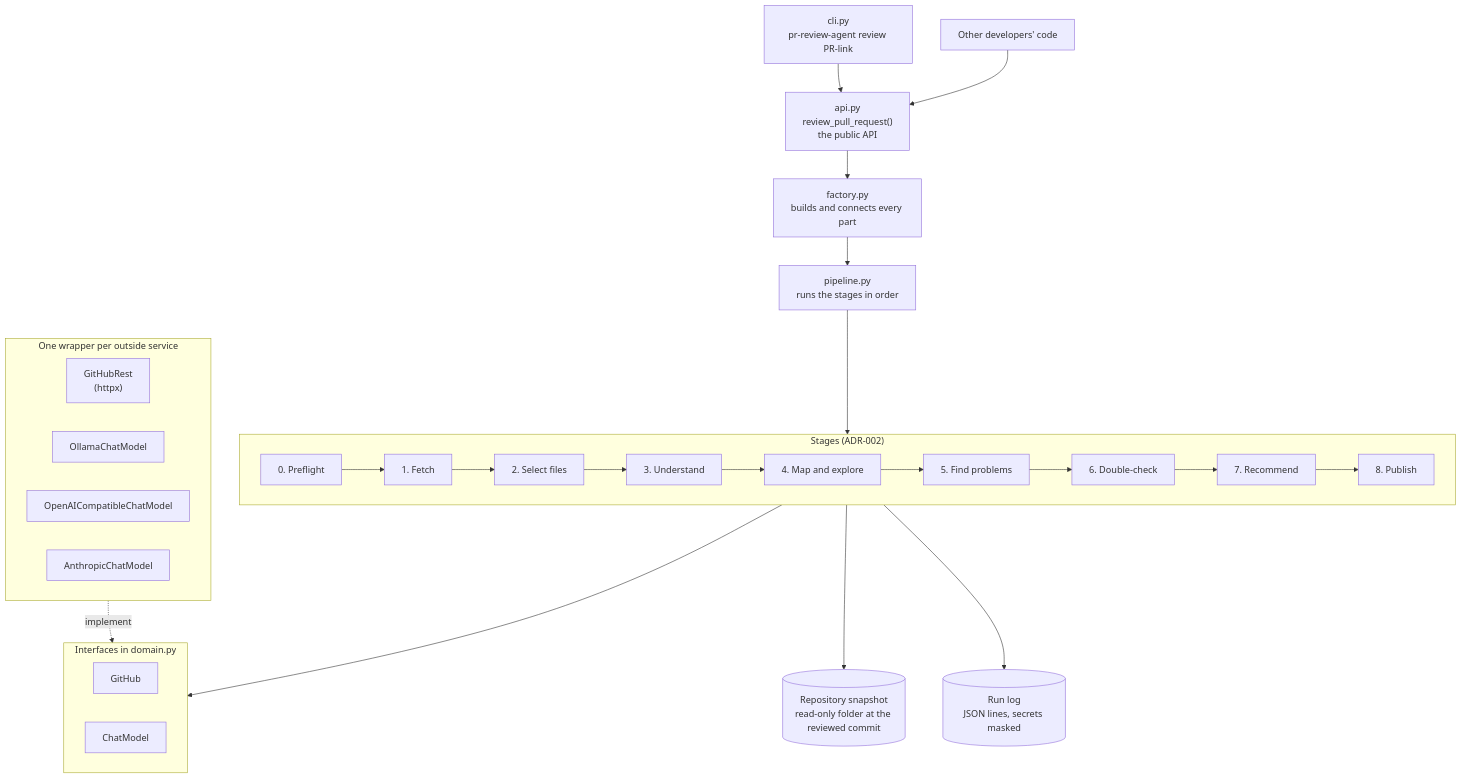
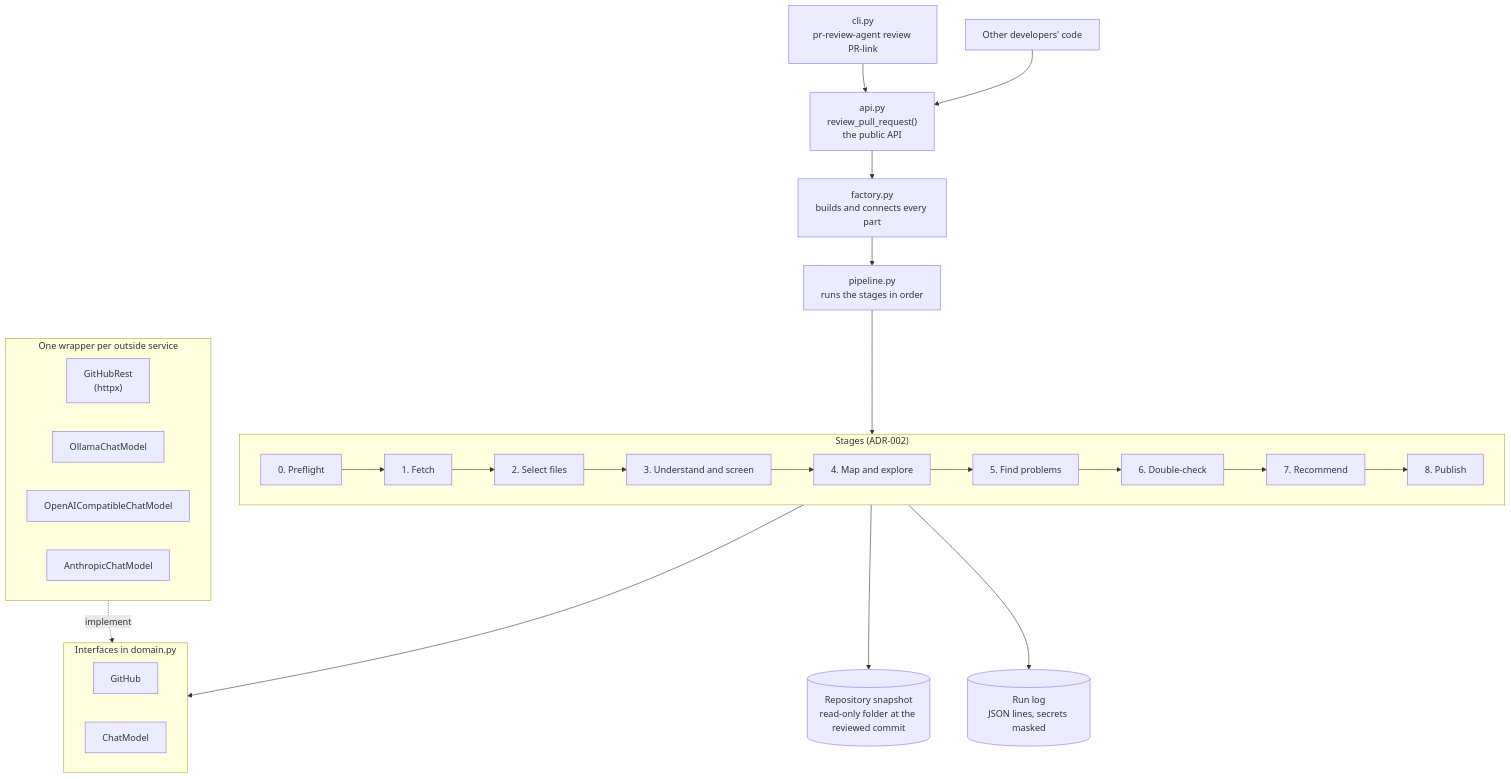
The first of 2 diagrams in docs/design.md (Vijay021212/pr-review-agent), drawn with Mermaid before and after one commit. The commit also changed other lines of this file and 8 other files, not shown here.

````diff
--- a/docs/design.md
+++ b/docs/design.md
@@ -12,30 +12,30 @@
 ```mermaid
 flowchart TB
     cli["cli.py<br/>pr-review-agent review PR-link"] --> api["api.py<br/>review_pull_request()<br/>the public API"]
     developer["Other developers' code"] --> api
     api --> factory["factory.py<br/>builds and connects every part"]
     factory --> pipeline["pipeline.py<br/>runs the stages in order"]
 
     subgraph stages ["Stages (ADR-002)"]
         direction LR
-        s0["0. Preflight"] --> s1["1. Fetch"] --> s2["2. Select files"] --> s3["3. Understand"] --> s4["4. Map and explore"] --> s5["5. Find problems"] --> s6["6. Double-check"] --> s7["7. Recommend"] --> s8["8. Publish"]
+        s0["0. Preflight"] --> s1["1. Fetch"] --> s2["2. Select files"] --> s3["3. Understand and screen"] --> s4["4. Map and explore"] --> s5["5. Find problems"] --> s6["6. Double-check"] --> s7["7. Recommend"] --> s8["8. Publish"]
     end
     pipeline --> stages
 
     subgraph ports ["Interfaces in domain.py"]
         github_port["GitHub"]
         model_port["ChatModel"]
     end
     stages --> ports
 
     subgraph adapters ["One wrapper per outside service"]
         github_rest["GitHubRest<br/>(httpx)"]
         ollama["OllamaChatModel"]
         openai["OpenAICompatibleChatModel"]
         anthropic["AnthropicChatModel"]
     end
     adapters -.->|implement| ports
 
     stages --> snapshot[("Repository snapshot<br/>read-only folder at the reviewed commit")]
     stages --> runlog[("Run log<br/>JSON lines, secrets masked")]
 ```
````
